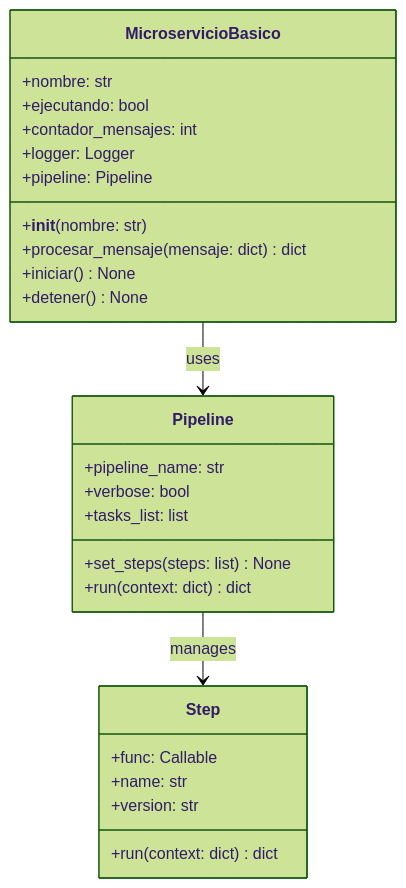
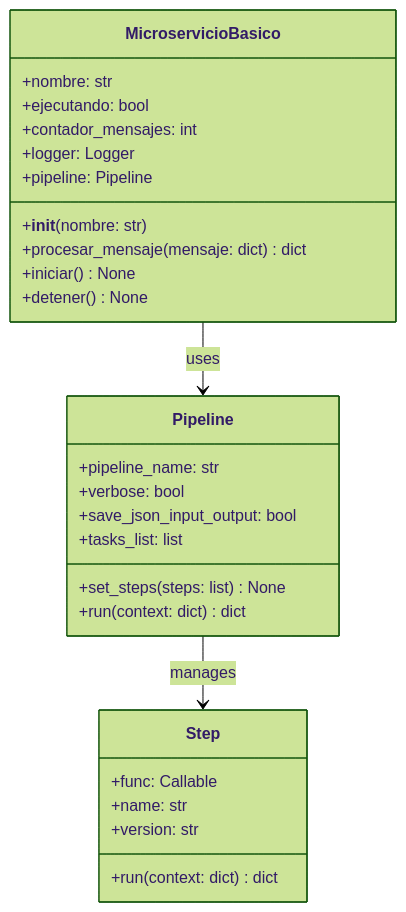
The second of 10 diagrams in extra_readmes/03_microservice_design.md (wisrovi/wpipe), drawn with Mermaid (forest theme) before and after one commit. The commit also changed 16 other files, not shown here.

First line of the commit message:
[FEATURE] Add save_json_input_output flag to control tracking payload storage

````diff
--- a/extra_readmes/03_microservice_design.md
+++ b/extra_readmes/03_microservice_design.md
@@ -37,32 +37,33 @@
 ```mermaid
 classDiagram
     class MicroservicioBasico {
         +nombre: str
         +ejecutando: bool
         +contador_mensajes: int
         +logger: Logger
         +pipeline: Pipeline
         +__init__(nombre: str)
         +procesar_mensaje(mensaje: dict) dict
         +iniciar() None
         +detener() None
     }
     
     class Pipeline {
         +pipeline_name: str
         +verbose: bool
+        +save_json_input_output: bool
         +tasks_list: list
         +set_steps(steps: list) None
         +run(context: dict) dict
     }
     
     class Step {
         +func: Callable
         +name: str
         +version: str
         +run(context: dict) dict
     }
     
     MicroservicioBasico --> Pipeline : uses
     Pipeline --> Step : manages
 ```
````
